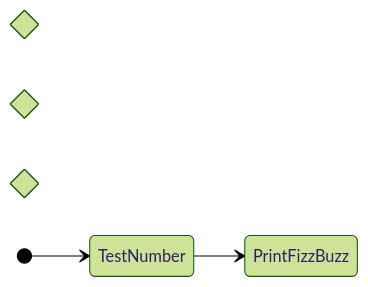
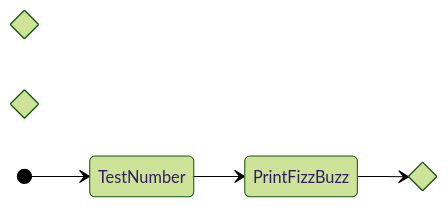
The eighth of 8 diagrams in cookbook/SDLC/Boxes and Arrows/boxes_and_arrows_fun.md (carteras/IT-CBR), drawn with Mermaid (forest theme) before and after one commit.

````diff
--- a/cookbook/SDLC/Boxes and Arrows/boxes_and_arrows_fun.md
+++ b/cookbook/SDLC/Boxes and Arrows/boxes_and_arrows_fun.md
@@ -117,9 +117,10 @@
 ```mermaid
   stateDiagram
     direction LR
     state fizz_state <<choice>>
     state buzz_state <<choice>>
     state fizzbuzz_state <<choice>>
     [*] --> TestNumber
     TestNumber --> PrintFizzBuzz
+    PrintFizzBuzz --> fizzbuzz_state
 ```
````
